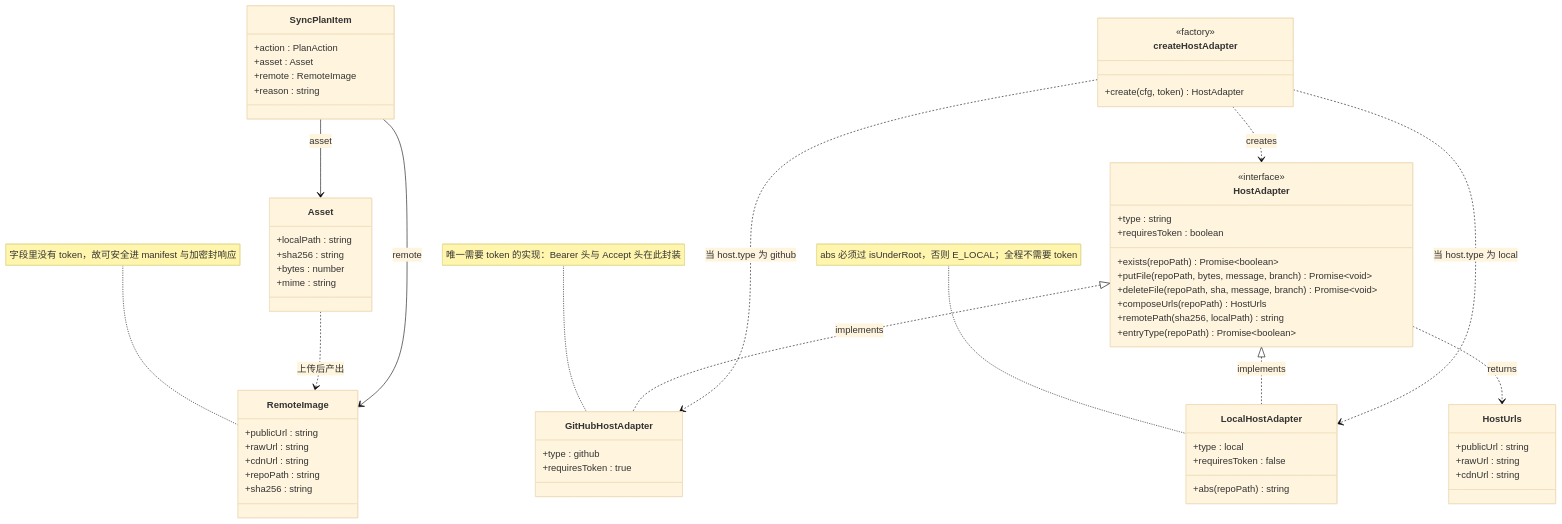
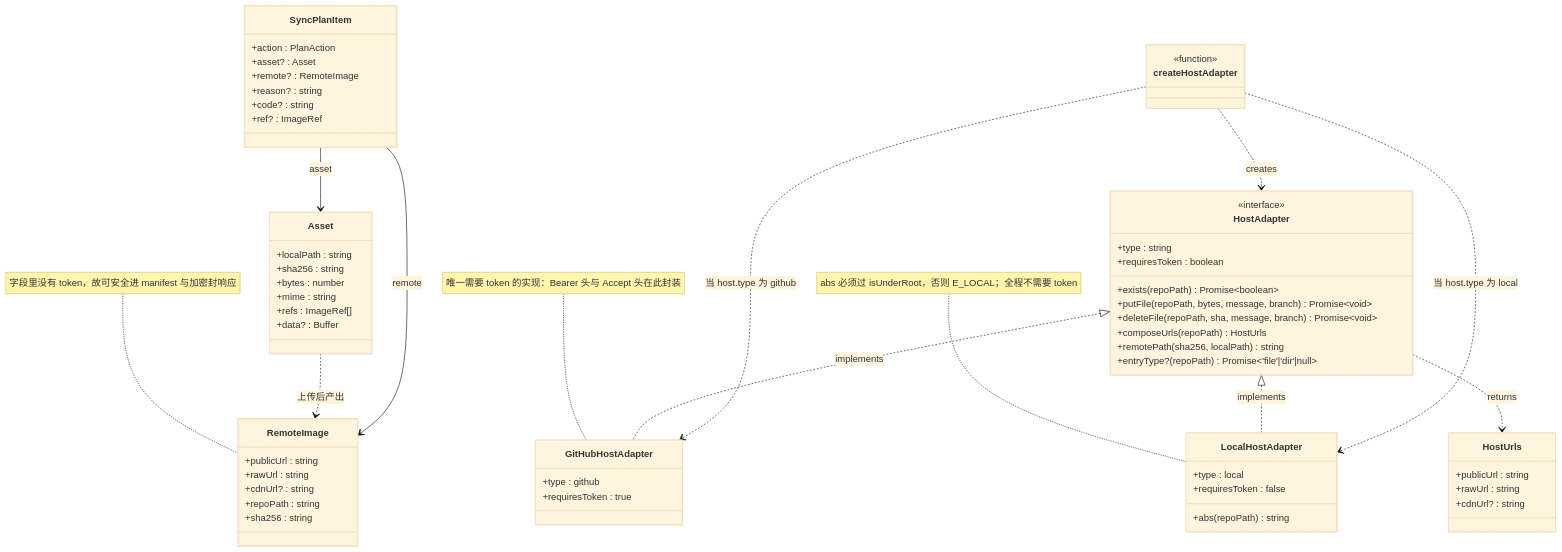
Before and after one commit to Aermberry/picture_bed: the first of 4 diagrams in docs/design/module-transfer.md, drawn with Mermaid (base theme). The commit also changed other lines of this file and 9 other files, not shown here.

````diff
--- a/docs/design/module-transfer.md
+++ b/docs/design/module-transfer.md
@@ -47,65 +47,68 @@
 ```mermaid
 classDiagram
     class HostAdapter {
         <<interface>>
         +type : string
         +requiresToken : boolean
         +exists(repoPath) Promise~boolean~
         +putFile(repoPath, bytes, message, branch) Promise~void~
         +deleteFile(repoPath, sha, message, branch) Promise~void~
         +composeUrls(repoPath) HostUrls
         +remotePath(sha256, localPath) string
-        +entryType(repoPath) Promise~boolean~
+        +entryType?(repoPath) Promise~'file'|'dir'|null~
     }
     class HostUrls {
         +publicUrl : string
         +rawUrl : string
-        +cdnUrl : string
+        +cdnUrl? : string
     }
     class Asset {
         +localPath : string
         +sha256 : string
         +bytes : number
         +mime : string
+        +refs : ImageRef[]
+        +data? : Buffer
     }
     class RemoteImage {
         +publicUrl : string
         +rawUrl : string
-        +cdnUrl : string
+        +cdnUrl? : string
         +repoPath : string
         +sha256 : string
     }
     class SyncPlanItem {
         +action : PlanAction
-        +asset : Asset
-        +remote : RemoteImage
-        +reason : string
+        +asset? : Asset
+        +remote? : RemoteImage
+        +reason? : string
+        +code? : string
+        +ref? : ImageRef
     }
     class GitHubHostAdapter {
         +type : github
         +requiresToken : true
     }
     class LocalHostAdapter {
         +type : local
         +requiresToken : false
         +abs(repoPath) string
     }
     class createHostAdapter {
-        <<factory>>
-        +create(cfg, token) HostAdapter
+        <<function>>
     }
 
     HostAdapter <|.. GitHubHostAdapter : implements
     HostAdapter <|.. LocalHostAdapter : implements
     HostAdapter ..> HostUrls : returns
     Asset ..> RemoteImage : 上传后产出
     SyncPlanItem --> Asset : asset
     SyncPlanItem --> RemoteImage : remote
     createHostAdapter ..> HostAdapter : creates
     createHostAdapter ..> GitHubHostAdapter : 当 host.type 为 github
     createHostAdapter ..> LocalHostAdapter : 当 host.type 为 local
 
     note for GitHubHostAdapter "唯一需要 token 的实现：Bearer 头与 Accept 头在此封装"
     note for LocalHostAdapter "abs 必须过 isUnderRoot，否则 E_LOCAL；全程不需要 token"
     note for RemoteImage "字段里没有 token，故可安全进 manifest 与加密封响应"
 ```
````
